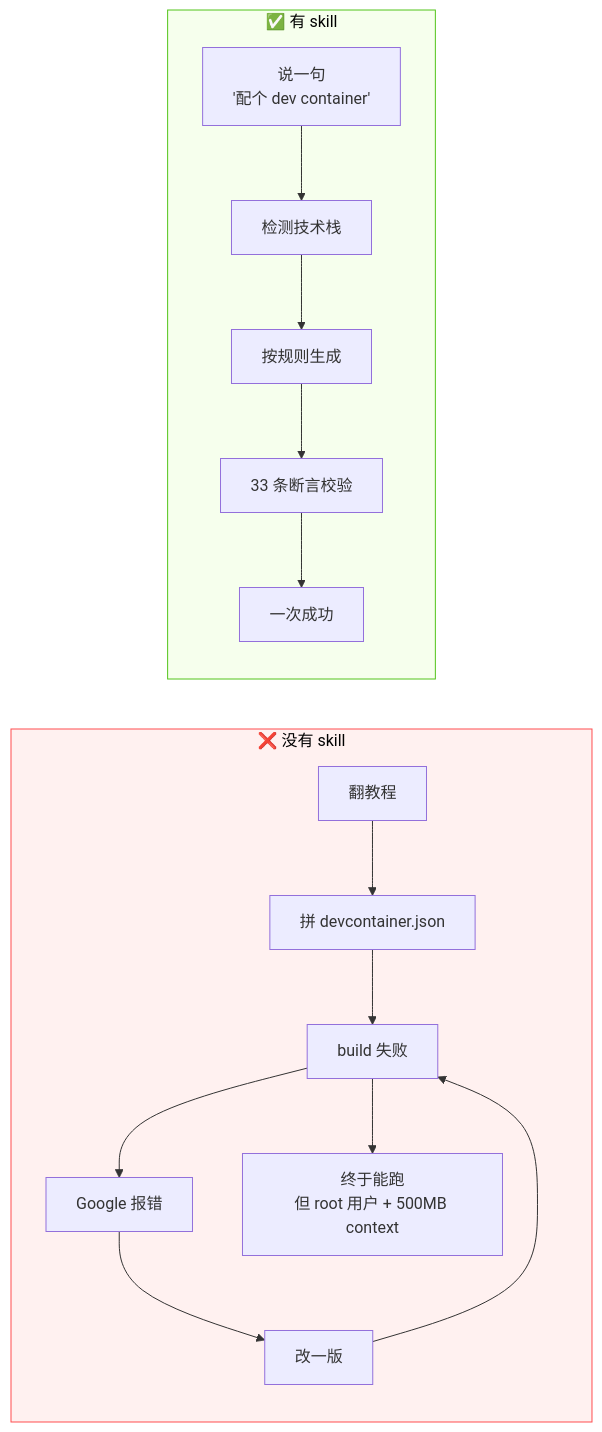
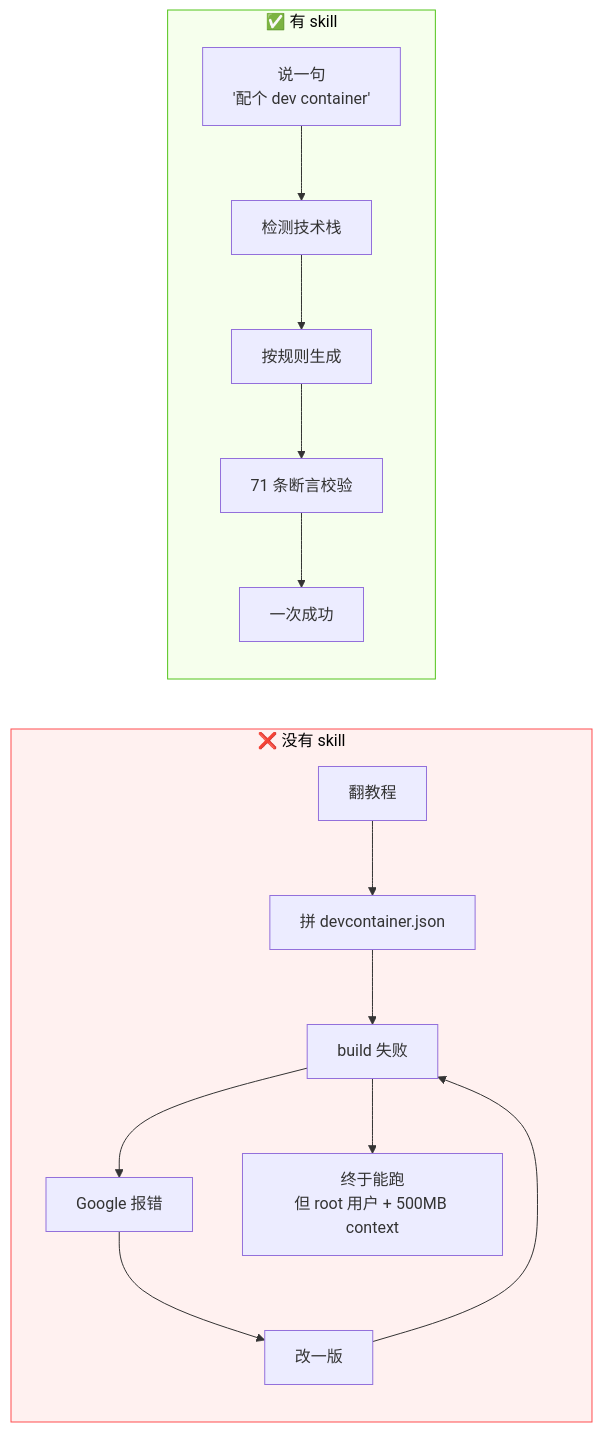
Before and after one commit to GlariaLuminous/setup-devcontainer-skill: the first of 3 diagrams in README.md, drawn with Mermaid. The commit also changed other lines of this file and 16 other files, not shown here.

````diff
--- a/README.md
+++ b/README.md
@@ -51,21 +52,21 @@
 ```mermaid
 graph LR
     subgraph BEFORE["❌ 没有 skill"]
         A1["翻教程"] --> A2["拼 devcontainer.json"]
         A2 --> A3["build 失败"]
         A3 --> A4["Google 报错"]
         A4 --> A5["改一版"]
         A5 --> A3
         A3 --> A6["终于能跑<br/>但 root 用户 + 500MB context"]
     end
 
     subgraph AFTER["✅ 有 skill"]
         B1["说一句<br/>'配个 dev container'"] --> B2["检测技术栈"]
         B2 --> B3["按规则生成"]
-        B3 --> B4["33 条断言校验"]
+        B3 --> B4["71 条断言校验"]
         B4 --> B5["一次成功"]
     end
 
     style BEFORE fill:#fff1f0,stroke:#ff4d4f,color:#000
     style AFTER fill:#f6ffed,stroke:#52c41a,color:#000
 ```
````
